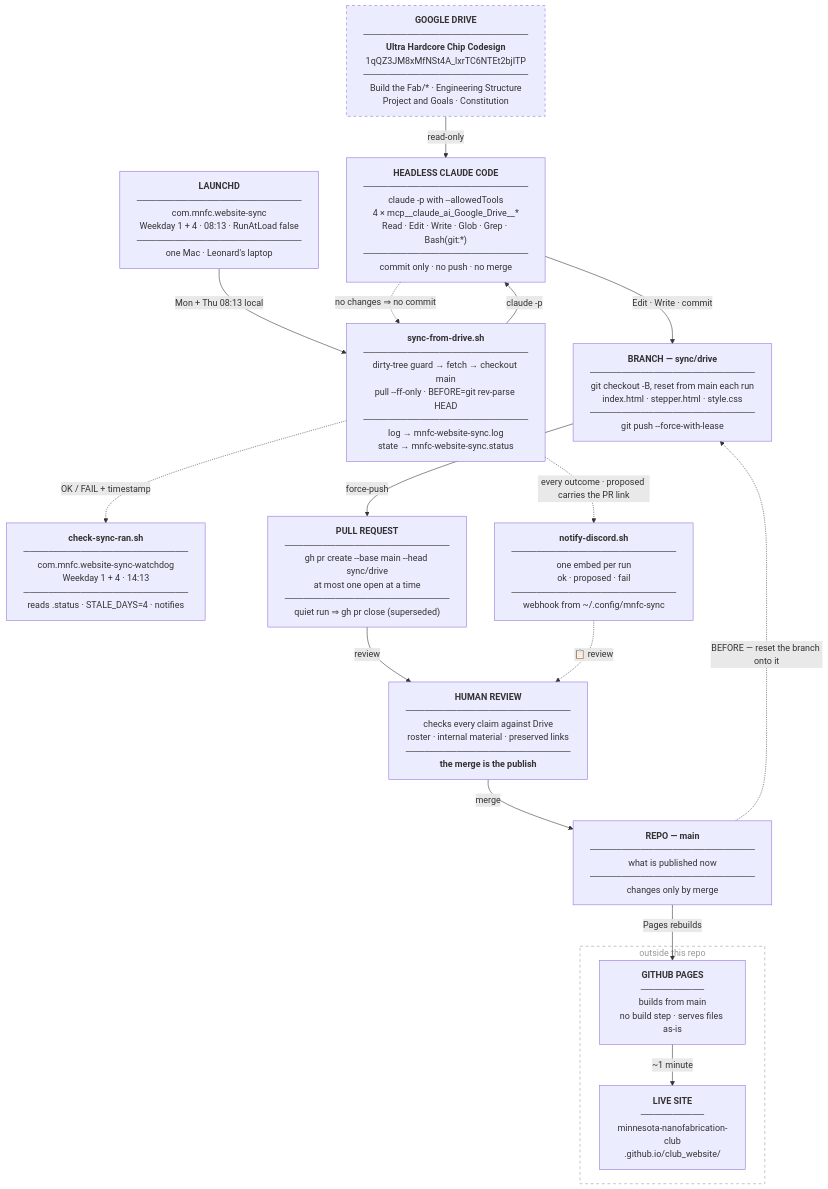
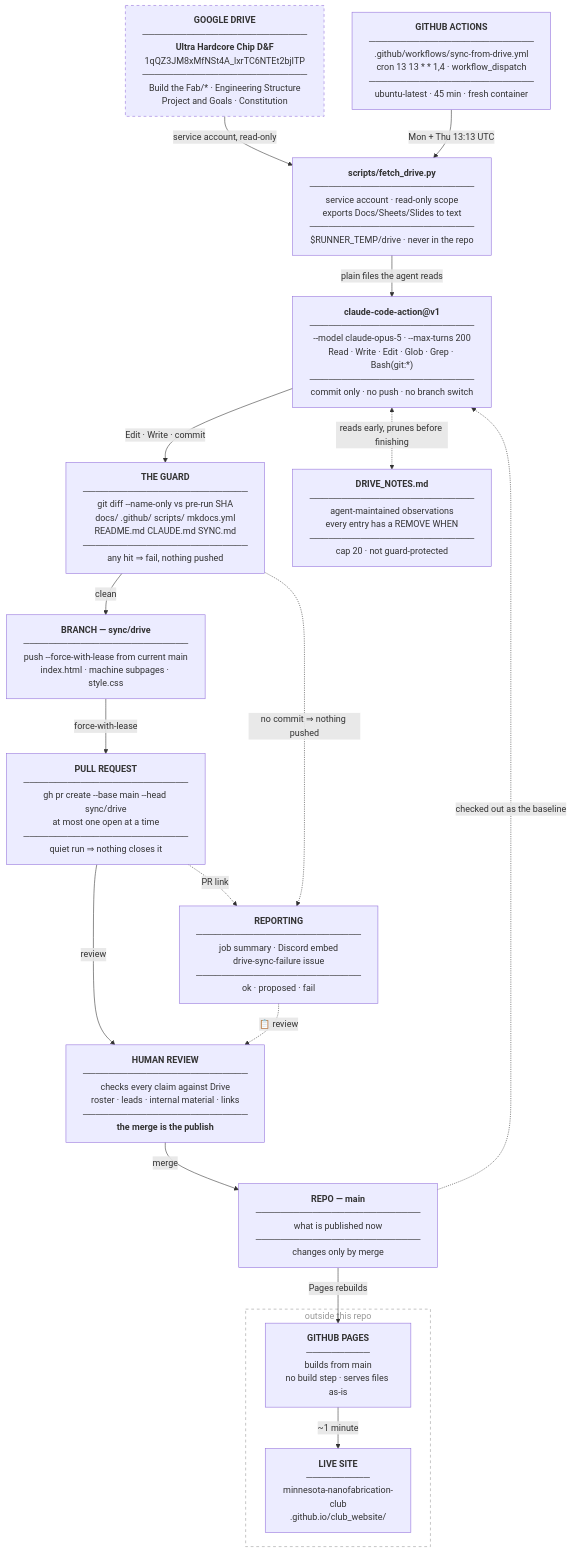
The diagram in docs/architecture/overview.md (Minnesota-Nanofabrication-Club/club_website), drawn with Mermaid before and after one commit. The commit also changed other lines of this file and 19 other files, not shown here.

````diff
--- a/docs/architecture/overview.md
+++ b/docs/architecture/overview.md
@@ -14,55 +15,58 @@
 ```mermaid
 flowchart TD
-    DRIVE["<b>GOOGLE DRIVE</b><br/>──────────────────────────<br/><b>Ultra Hardcore Chip Codesign</b><br/>1qQZ3JM8xMfNSt4A_lxrTC6NTEt2bjITP<br/>──────────────────────────<br/>Build the Fab/* · Engineering Structure<br/>Project and Goals · Constitution"]
+    DRIVE["<b>GOOGLE DRIVE</b><br/>──────────────────────────<br/><b>Ultra Hardcore Chip D&amp;F</b><br/>1qQZ3JM8xMfNSt4A_lxrTC6NTEt2bjITP<br/>──────────────────────────<br/>Build the Fab/* · Engineering Structure<br/>Project and Goals · Constitution"]
 
-    LAUNCHD["<b>LAUNCHD</b><br/>──────────────────────────<br/>com.mnfc.website-sync<br/>Weekday 1 + 4 · 08:13 · RunAtLoad false<br/>──────────────────────────<br/>one Mac · Leonard's laptop"]
+    CRON["<b>GITHUB ACTIONS</b><br/>──────────────────────────<br/>.github/workflows/sync-from-drive.yml<br/>cron 13 13 * * 1,4 · workflow_dispatch<br/>──────────────────────────<br/>ubuntu-latest · 45 min · fresh container"]
 
-    SCRIPT["<b>sync-from-drive.sh</b><br/>──────────────────────────<br/>dirty-tree guard → fetch → checkout main<br/>pull --ff-only · BEFORE=git rev-parse HEAD<br/>──────────────────────────<br/>log → mnfc-website-sync.log<br/>state → mnfc-website-sync.status"]
+    MIRROR["<b>scripts/fetch_drive.py</b><br/>──────────────────────────<br/>service account · read-only scope<br/>exports Docs/Sheets/Slides to text<br/>──────────────────────────<br/>$RUNNER_TEMP/drive · never in the repo"]
 
-    WATCH["<b>check-sync-ran.sh</b><br/>──────────────────────────<br/>com.mnfc.website-sync-watchdog<br/>Weekday 1 + 4 · 14:13<br/>──────────────────────────<br/>reads .status · STALE_DAYS=4 · notifies"]
+    AGENT["<b>claude-code-action@v1</b><br/>──────────────────────────<br/>--model claude-opus-5 · --max-turns 200<br/>Read · Write · Edit · Glob · Grep · Bash(git:*)<br/>──────────────────────────<br/>commit only · no push · no branch switch"]
 
-    AGENT["<b>HEADLESS CLAUDE CODE</b><br/>──────────────────────────<br/>claude -p with --allowedTools<br/>4 × mcp__claude_ai_Google_Drive__*<br/>Read · Edit · Write · Glob · Grep · Bash(git:*)<br/>──────────────────────────<br/>commit only · no push · no merge"]
+    GUARD["<b>THE GUARD</b><br/>──────────────────────────<br/>git diff --name-only vs pre-run SHA<br/>docs/ .github/ scripts/ mkdocs.yml<br/>README.md CLAUDE.md SYNC.md<br/>──────────────────────────<br/>any hit ⇒ fail, nothing pushed"]
 
-    BRANCH["<b>BRANCH — sync/drive</b><br/>──────────────────────────<br/>git checkout -B, reset from main each run<br/>index.html · stepper.html · style.css<br/>──────────────────────────<br/>git push --force-with-lease"]
+    BRANCH["<b>BRANCH — sync/drive</b><br/>──────────────────────────<br/>push --force-with-lease from current main<br/>index.html · machine subpages · style.css"]
 
-    PR["<b>PULL REQUEST</b><br/>──────────────────────────<br/>gh pr create --base main --head sync/drive<br/>at most one open at a time<br/>──────────────────────────<br/>quiet run ⇒ gh pr close (superseded)"]
+    PR["<b>PULL REQUEST</b><br/>──────────────────────────<br/>gh pr create --base main --head sync/drive<br/>at most one open at a time<br/>──────────────────────────<br/>quiet run ⇒ nothing closes it"]
 
-    HUMAN["<b>HUMAN REVIEW</b><br/>──────────────────────────<br/>checks every claim against Drive<br/>roster · internal material · preserved links<br/>──────────────────────────<br/><b>the merge is the publish</b>"]
+    HUMAN["<b>HUMAN REVIEW</b><br/>──────────────────────────<br/>checks every claim against Drive<br/>roster · leads · internal material · links<br/>──────────────────────────<br/><b>the merge is the publish</b>"]
 
     MAIN["<b>REPO — main</b><br/>──────────────────────────<br/>what is published now<br/>──────────────────────────<br/>changes only by merge"]
 
-    DISCORD["<b>notify-discord.sh</b><br/>──────────────────────────<br/>one embed per run<br/>ok · proposed · fail<br/>──────────────────────────<br/>webhook from ~/.config/mnfc-sync"]
+    NOTES["<b>DRIVE_NOTES.md</b><br/>──────────────────────────<br/>agent-maintained observations<br/>every entry has a REMOVE WHEN<br/>──────────────────────────<br/>cap 20 · not guard-protected"]
+
+    REPORT["<b>REPORTING</b><br/>──────────────────────────<br/>job summary · Discord embed<br/>drive-sync-failure issue<br/>──────────────────────────<br/>ok · proposed · fail"]
 
     subgraph EXT ["outside this repo"]
         PAGES["<b>GITHUB PAGES</b><br/>──────────<br/>builds from main<br/>no build step · serves files as-is"]
         SITE["<b>LIVE SITE</b><br/>──────────<br/>minnesota-nanofabrication-club<br/>.github.io/club_website/"]
     end
 
-    DRIVE -->|"read-only"| AGENT
-    LAUNCHD -->|"Mon + Thu 08:13 local"| SCRIPT
-    SCRIPT -->|"claude -p"| AGENT
-    AGENT -->|"Edit · Write · commit"| BRANCH
-    BRANCH -->|"force-push"| PR
+    DRIVE -->|"service account, read-only"| MIRROR
+    CRON -->|"Mon + Thu 13:13 UTC"| MIRROR
+    MIRROR -->|"plain files the agent reads"| AGENT
+    AGENT -->|"Edit · Write · commit"| GUARD
+    GUARD -->|"clean"| BRANCH
+    BRANCH -->|"force-with-lease"| PR
     PR -->|"review"| HUMAN
     HUMAN -->|"merge"| MAIN
     MAIN -->|"Pages rebuilds"| PAGES
     PAGES -->|"~1 minute"| SITE
-    MAIN -. "BEFORE — reset the branch onto it" .-> BRANCH
-    AGENT -. "no changes ⇒ no commit" .-> SCRIPT
-    SCRIPT -. "OK / FAIL + timestamp" .-> WATCH
-    SCRIPT -. "every outcome · proposed carries the PR link" .-> DISCORD
-    DISCORD -. "📋 review" .-> HUMAN
+    MAIN -. "checked out as the baseline" .-> AGENT
+    AGENT <-. "reads early, prunes before finishing" .-> NOTES
+    GUARD -. "no commit ⇒ nothing pushed" .-> REPORT
+    PR -. "PR link" .-> REPORT
+    REPORT -. "📋 review" .-> HUMAN
 
     style EXT stroke-dasharray:5 5,fill:transparent,stroke:#999,color:#999
     style DRIVE stroke-dasharray:5 5
 
     click DRIVE href "../data-contracts/"
-    click LAUNCHD href "../../operations/schedule/"
-    click SCRIPT href "../../operations/sync-run/"
+    click CRON href "../../operations/cloud-sync/"
+    click MIRROR href "../../operations/cloud-sync/"
     click AGENT href "../../operations/sync-run/"
+    click GUARD href "../../operations/sync-run/"
     click BRANCH href "../../operations/sync-run/"
     click PR href "../../operations/reviewing-changes/"
     click HUMAN href "../../operations/reviewing-changes/"
-    click WATCH href "../../operations/schedule/"
-    click DISCORD href "../../operations/notifications/"
+    click REPORT href "../../operations/notifications/"
 ```
````
